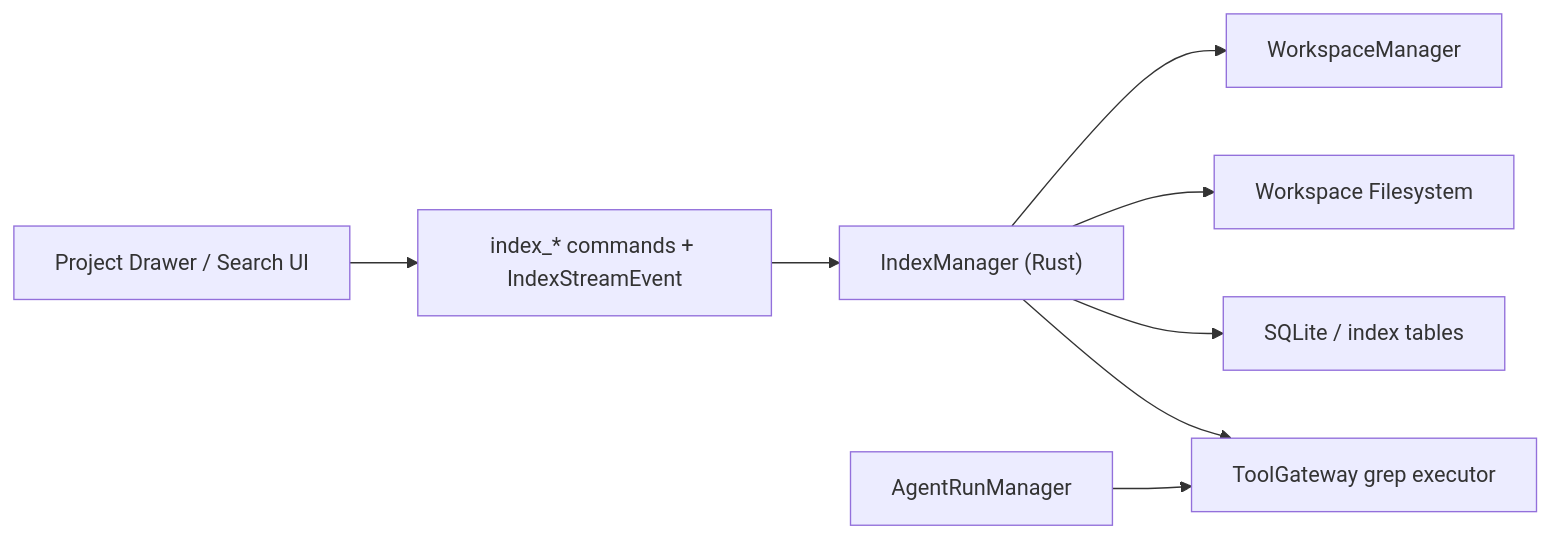
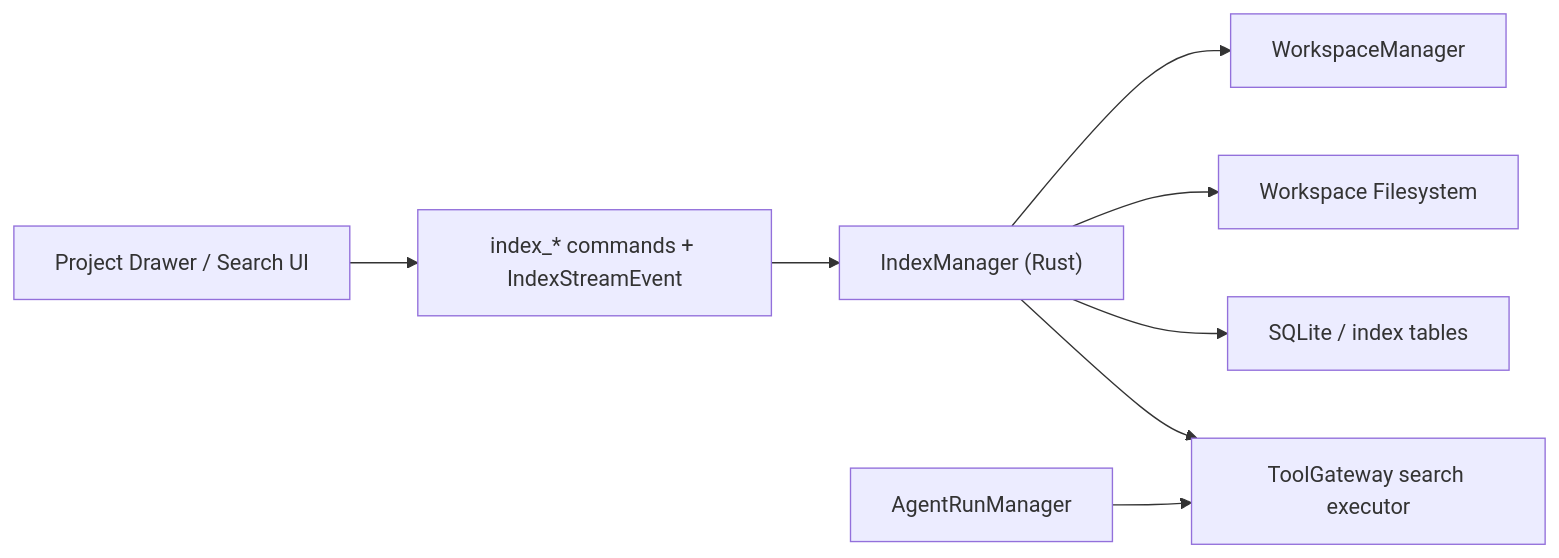
The diagram in docs/module/index-design-20260316.md (TiyAgents/tiycode), drawn with Mermaid before and after one commit. The commit also changed other lines of this file and 17 other files, not shown here.

First line of the commit message:
refactor(core): 🔎 switch grep tool to search

````diff
--- a/docs/module/index-design-20260316.md
+++ b/docs/module/index-design-20260316.md
@@ -87,10 +87,10 @@
 ```mermaid
 flowchart LR
   UI["Project Drawer / Search UI"] --> BRIDGE["index_* commands + IndexStreamEvent"]
   BRIDGE --> IM["IndexManager (Rust)"]
   IM --> WM["WorkspaceManager"]
   IM --> FS["Workspace Filesystem"]
   IM --> DB["SQLite / index tables"]
-  IM --> TG["ToolGateway grep executor"]
+  IM --> TG["ToolGateway search executor"]
   ARM["AgentRunManager"] --> TG
 ```
````
